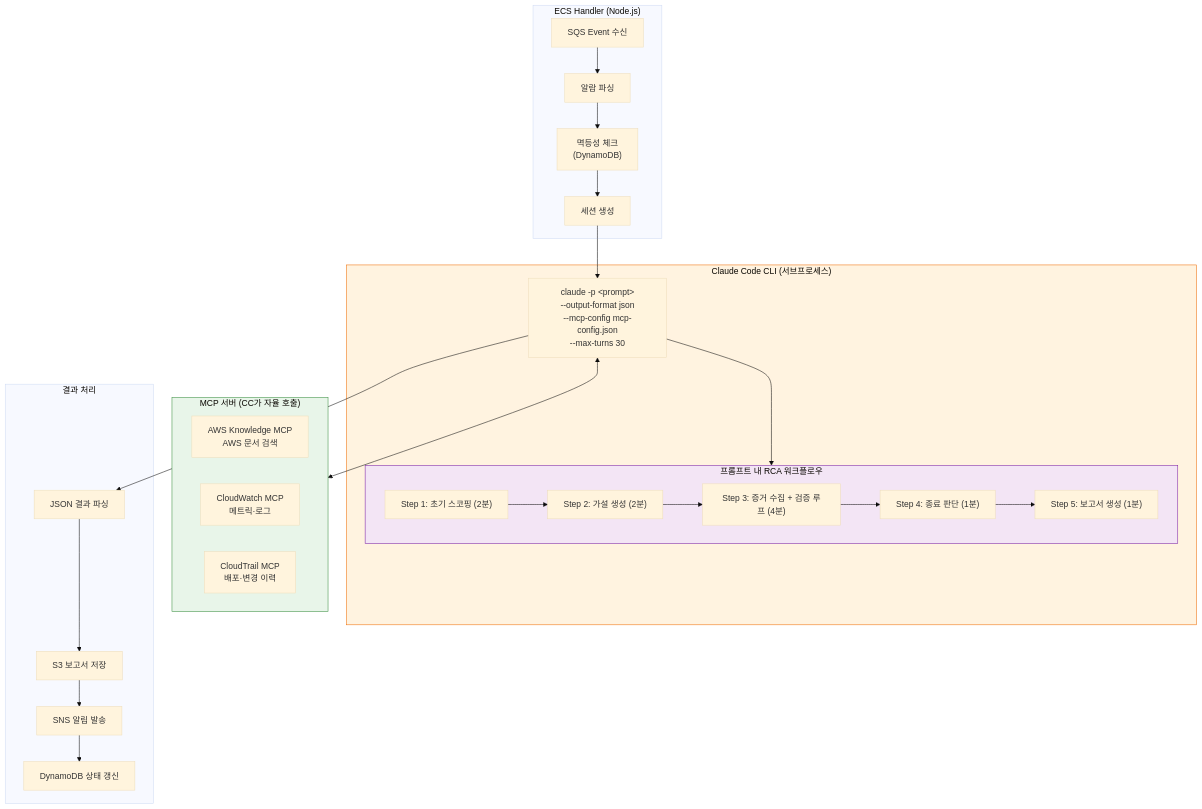
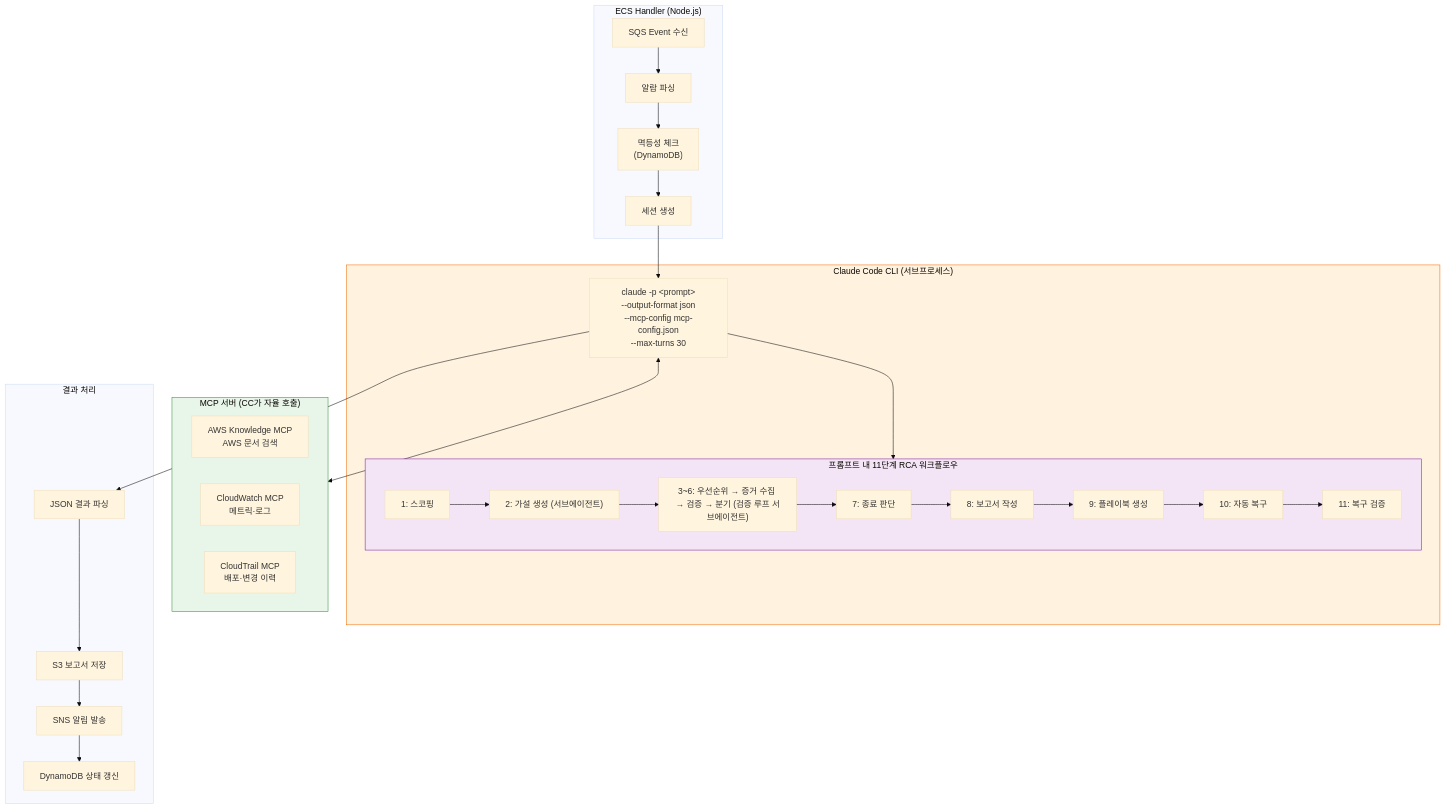
The ninth of 22 diagrams in docs/system-guide-for-ops.md (haandol/rca-agent), drawn with Mermaid (base theme) before and after one commit. The commit also changed other lines of this file and 9 other files, not shown here.

````diff
--- a/docs/system-guide-for-ops.md
+++ b/docs/system-guide-for-ops.md
@@ -400,47 +399,50 @@
 ```mermaid
 flowchart TD
     subgraph EcsHandler["ECS Handler (Node.js)"]
         SQS["SQS Event 수신"]
         PARSE["알람 파싱"]
         IDEMP["멱등성 체크<br/>(DynamoDB)"]
         SESSION["세션 생성"]
         SQS --> PARSE --> IDEMP --> SESSION
     end
 
     subgraph CCProcess["Claude Code CLI (서브프로세스)"]
         CC["claude -p &lt;prompt&gt;<br/>--output-format json<br/>--mcp-config mcp-config.json<br/>--max-turns 30"]
 
-        subgraph Prompt["프롬프트 내 RCA 워크플로우"]
-            S1["Step 1: 초기 스코핑 (2분)"]
-            S2["Step 2: 가설 생성 (2분)"]
-            S3["Step 3: 증거 수집 + 검증 루프 (4분)"]
-            S4["Step 4: 종료 판단 (1분)"]
-            S5["Step 5: 보고서 생성 (1분)"]
-            S1 --> S2 --> S3 --> S4 --> S5
+        subgraph Prompt["프롬프트 내 11단계 RCA 워크플로우"]
+            S1["1: 스코핑"]
+            S2["2: 가설 생성 (서브에이전트)"]
+            S3["3~6: 우선순위 → 증거 수집 → 검증 → 분기 (검증 루프 서브에이전트)"]
+            S7["7: 종료 판단"]
+            S8["8: 보고서 작성"]
+            S9["9: 플레이북 생성"]
+            S10["10: 자동 복구"]
+            S11["11: 복구 검증"]
+            S1 --> S2 --> S3 --> S7 --> S8 --> S9 --> S10 --> S11
         end
 
         CC --> Prompt
     end
 
     subgraph MCPServers["MCP 서버 (CC가 자율 호출)"]
         AK["AWS Knowledge MCP<br/>AWS 문서 검색"]
         CW["CloudWatch MCP<br/>메트릭·로그"]
         CT["CloudTrail MCP<br/>배포·변경 이력"]
     end
 
     subgraph Output["결과 처리"]
         RESULT["JSON 결과 파싱"]
         S3_SAVE["S3 보고서 저장"]
         SNS_SEND["SNS 알림 발송"]
         DDB_UP["DynamoDB 상태 갱신"]
         RESULT --> S3_SAVE --> SNS_SEND --> DDB_UP
     end
 
     SESSION --> CC
     CC <--> MCPServers
     CC --> RESULT
 
     style CCProcess fill:#fff3e0,stroke:#ef6c00
     style MCPServers fill:#e8f5e9,stroke:#388e3c
     style Prompt fill:#f3e5f5,stroke:#7b1fa2
 ```
````
